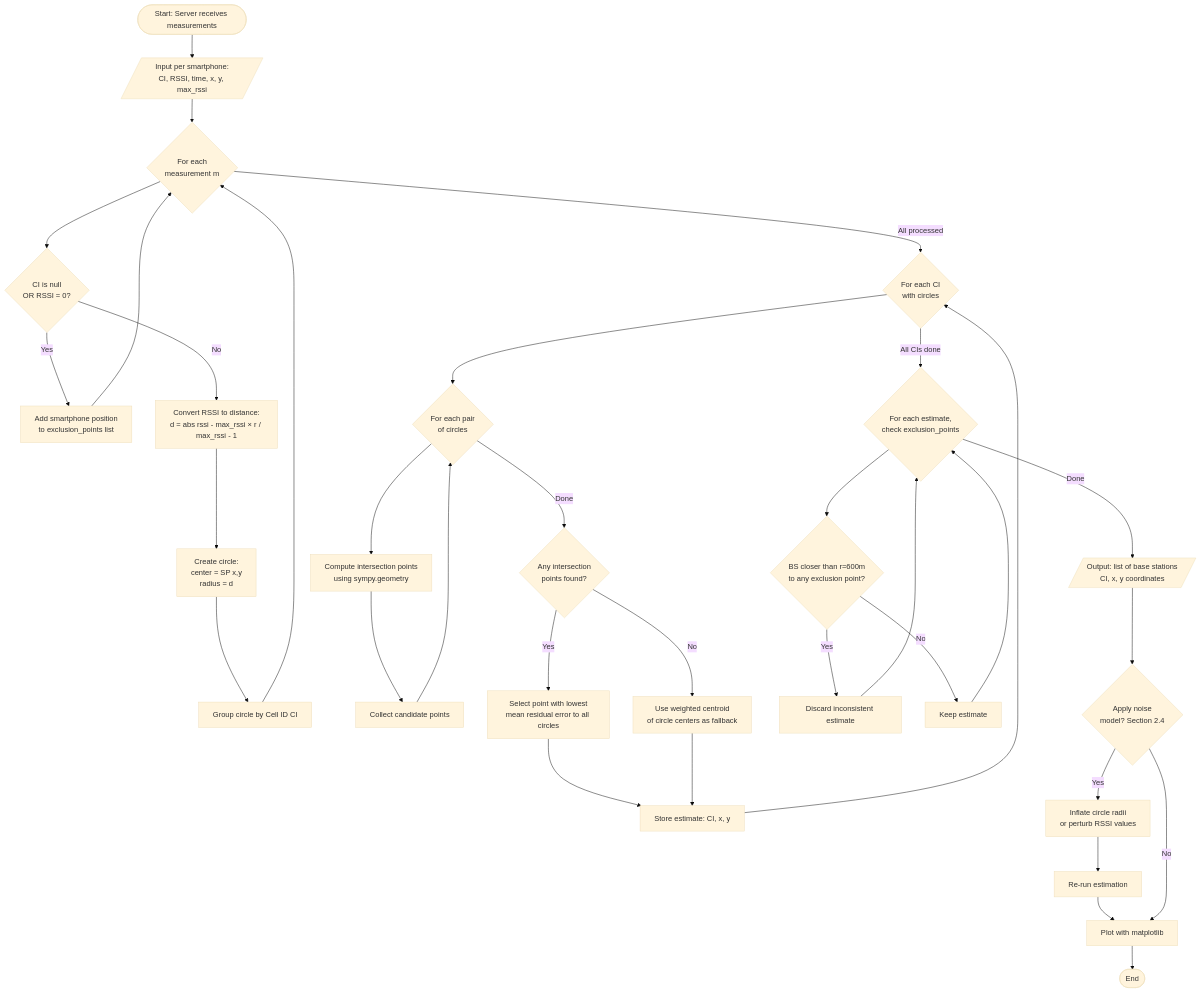
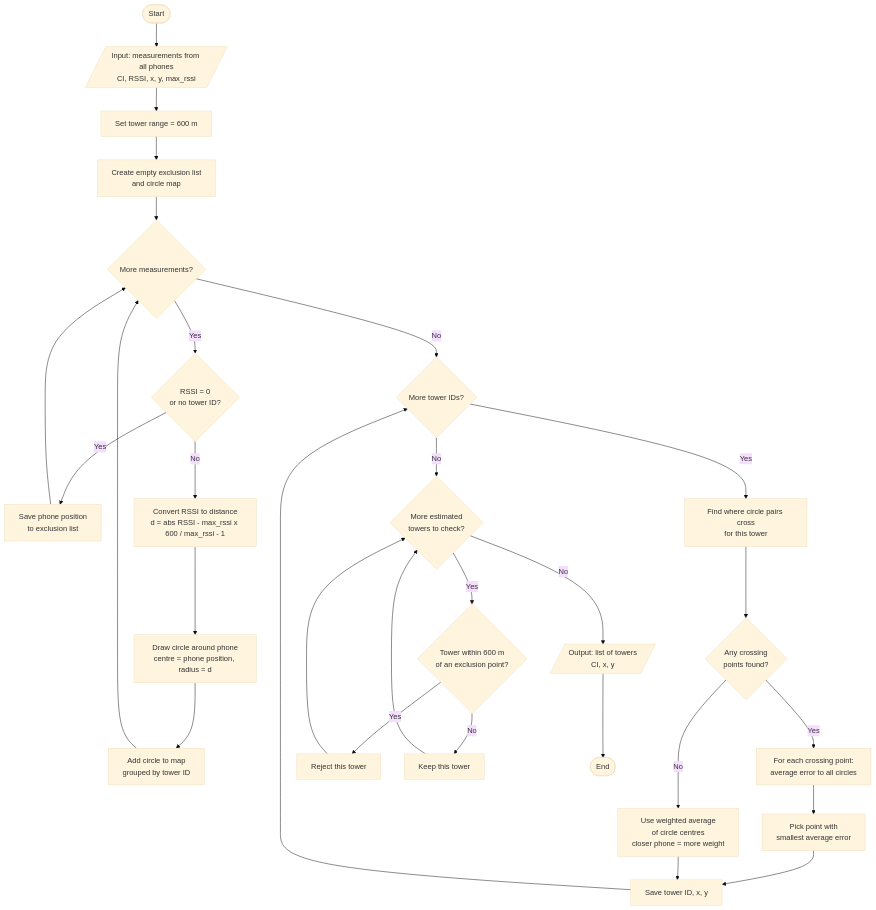
One commit to sundiata/Swarm-Mapping changed the diagram in FLOWCHART.md. Above: the diagram before and after it, drawn with Mermaid (base theme). The commit also changed other lines of this file and 5 other files, not shown here.

Commit message:
flowchat

````diff
--- a/FLOWCHART.md
+++ b/FLOWCHART.md
@@ -7,44 +16,43 @@
 ```mermaid
 flowchart TD
-    Start([Start: Server receives measurements]) --> Input[/Input per smartphone:<br/>CI, RSSI, time, x, y, max_rssi/]
+    Start([Start]) --> Input[/Input: measurements from all phones<br/>CI, RSSI, x, y, max_rssi/]
 
-    Input --> Loop{For each<br/>measurement m}
+    Input --> Init[Set tower range = 600 m]
+    Init --> Init2[Create empty exclusion list<br/>and circle map]
 
-    Loop --> CheckCI{CI is null<br/>OR RSSI = 0?}
-    CheckCI -->|Yes| Exclusion[Add smartphone position<br/>to exclusion_points list]
-    CheckCI -->|No| Convert[Convert RSSI to distance:<br/>d = abs rssi - max_rssi × r / max_rssi - 1]
+    Init2 --> MoreMeas{More measurements?}
 
-    Exclusion --> Loop
-    Convert --> CreateCircle[Create circle:<br/>center = SP x,y<br/>radius = d]
-    CreateCircle --> GroupByCI[Group circle by Cell ID CI]
-    GroupByCI --> Loop
+    MoreMeas -->|Yes| CheckRSSI{RSSI = 0<br/>or no tower ID?}
+    CheckRSSI -->|Yes| SaveExcl[Save phone position<br/>to exclusion list]
+    SaveExcl --> MoreMeas
 
-    Loop -->|All processed| PerCI{For each CI<br/>with circles}
+    CheckRSSI -->|No| CalcDist[Convert RSSI to distance<br/>d = abs RSSI - max_rssi x 600 / max_rssi - 1]
+    CalcDist --> DrawCircle[Draw circle around phone<br/>centre = phone position, radius = d]
+    DrawCircle --> GroupCircle[Add circle to map<br/>grouped by tower ID]
+    GroupCircle --> MoreMeas
 
-    PerCI --> PairLoop{For each pair<br/>of circles}
-    PairLoop --> Intersect[Compute intersection points<br/>using sympy.geometry]
-    Intersect --> Collect[Collect candidate points]
-    Collect --> PairLoop
+    MoreMeas -->|No| MoreTower{More tower IDs?}
 
-    PairLoop -->|Done| HasCandidates{Any intersection<br/>points found?}
-    HasCandidates -->|Yes| BestPoint[Select point with lowest<br/>mean residual error to all circles]
-    HasCandidates -->|No| Fallback[Use weighted centroid<br/>of circle centers as fallback]
-    BestPoint --> StoreEst[Store estimate: CI, x, y]
-    Fallback --> StoreEst
-    StoreEst --> PerCI
+    MoreTower -->|Yes| FindCross[Find where circle pairs cross<br/>for this tower]
+    FindCross --> HasCross{Any crossing<br/>points found?}
 
-    PerCI -->|All CIs done| ExclCheck{For each estimate,<br/>check exclusion_points}
-    ExclCheck --> InRange{BS closer than r=600m<br/>to any exclusion point?}
-    InRange -->|Yes| Discard[Discard inconsistent estimate]
-    InRange -->|No| Keep[Keep estimate]
-    Discard --> ExclCheck
-    Keep --> ExclCheck
+    HasCross -->|Yes| CalcError[For each crossing point:<br/>average error to all circles]
+    CalcError --> PickBest[Pick point with<br/>smallest average error]
 
-    ExclCheck -->|Done| Output[/Output: list of base stations<br/>CI, x, y coordinates/]
-    Output --> OptionalNoise{Apply noise<br/>model? Section 2.4}
-    OptionalNoise -->|Yes| Inflate[Inflate circle radii<br/>or perturb RSSI values]
-    Inflate --> ReRun[Re-run estimation]
-    ReRun --> Plot[Plot with matplotlib]
-    OptionalNoise -->|No| Plot
-    Plot --> End([End])
+    HasCross -->|No| WeightedAvg[Use weighted average<br/>of circle centres<br/>closer phone = more weight]
+
+    PickBest --> SaveTower[Save tower ID, x, y]
+    WeightedAvg --> SaveTower
+    SaveTower --> MoreTower
+
+    MoreTower -->|No| MoreCheck{More estimated<br/>towers to check?}
+
+    MoreCheck -->|Yes| ExclCheck{Tower within 600 m<br/>of an exclusion point?}
+    ExclCheck -->|Yes| Reject[Reject this tower]
+    ExclCheck -->|No| Keep[Keep this tower]
+    Reject --> MoreCheck
+    Keep --> MoreCheck
+
+    MoreCheck -->|No| Output[/Output: list of towers<br/>CI, x, y/]
+    Output --> End([End])
 ```
````
